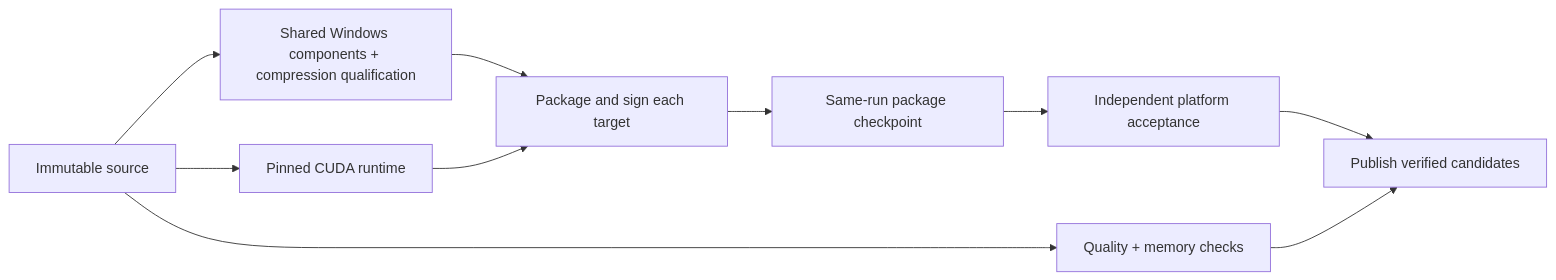
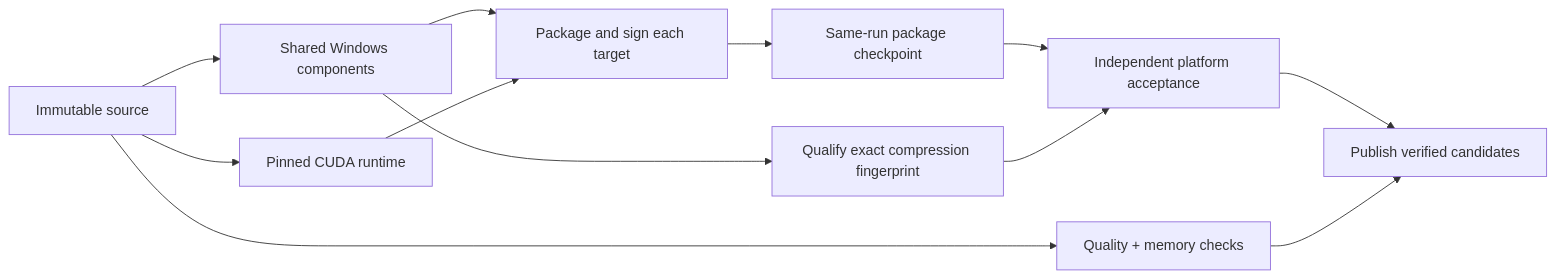
The diagram in RELEASING.md (rongxinzy/RongxinAI), drawn with Mermaid before and after one commit. The commit also changed other lines of this file and 4 other files, not shown here.

First line of the commit message:
perf(ci): qualify compression in parallel with packaging

````diff
--- a/RELEASING.md
+++ b/RELEASING.md
@@ -36,12 +36,14 @@
 ```mermaid
 flowchart LR
-  Source[Immutable source] --> Components[Shared Windows components + compression qualification]
+  Source[Immutable source] --> Components[Shared Windows components]
   Source --> CUDA[Pinned CUDA runtime]
   Components --> Package[Package and sign each target]
+  Components --> Compression[Qualify exact compression fingerprint]
   CUDA --> Package
   Package --> Checkpoint[Same-run package checkpoint]
   Checkpoint --> Acceptance[Independent platform acceptance]
+  Compression --> Acceptance
   Source --> Quality[Quality + memory checks]
   Acceptance --> Publish[Publish verified candidates]
   Quality --> Publish
 ```
````
